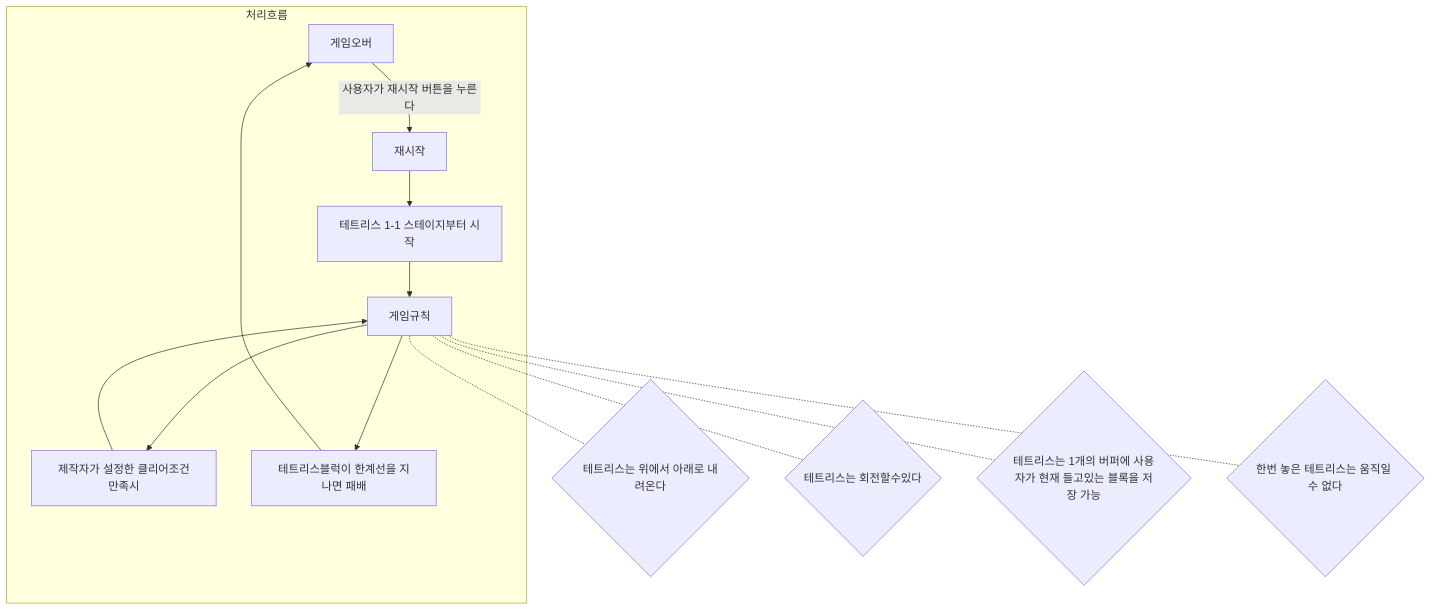
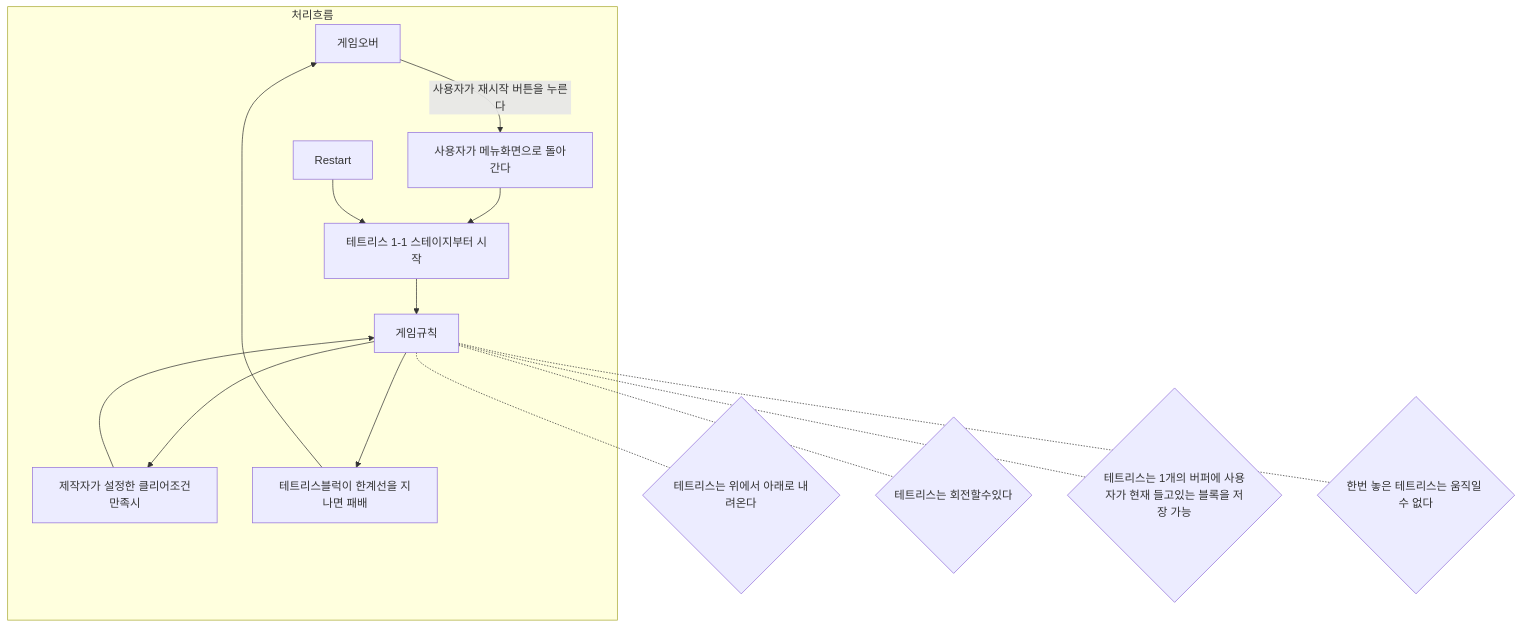
Before and after one commit to BADUGII/Tutorial_Imitation_Teris: the first of 2 diagrams in Diagrams/20210519_Diagram.md, drawn with Mermaid.

````diff
--- a/Diagrams/20210519_Diagram.md
+++ b/Diagrams/20210519_Diagram.md
@@ -2,18 +2,19 @@
 ```mermaid
 graph TD
   subgraph GameFlow[처리흐름]
-    GameOver[게임오버] -->|사용자가 재시작 버튼을 누른다| Restart[재시작]
+    GameOver[게임오버] -->|사용자가 재시작 버튼을 누른다| Menu[사용자가 메뉴화면으로 돌아간다]
+    Menu --> GameStart
     Restart --> GameStart[테트리스 1-1 스테이지부터 시작]
     GameStart --> Play[게임규칙]
     Play --> Clear[제작자가 설정한 클리어조건만족시]
     Clear--> Play
     Play --> LoseCondition[테트리스블럭이 한계선을 지나면 패배]
     LoseCondition --> GameOver
   end
   Play -.- Rule1{테트리스는 위에서 아래로 내려온다}
   Play -.- Rule2{테트리스는 회전할수있다}
   Play -.- Rule3{테트리스는 1개의 버퍼에 사용자가 현재 들고있는 블록을 저장 가능}
   Play -.- Rule4{한번 놓은 테트리스는 움직일 수 없다}
 
   
 ```
````
